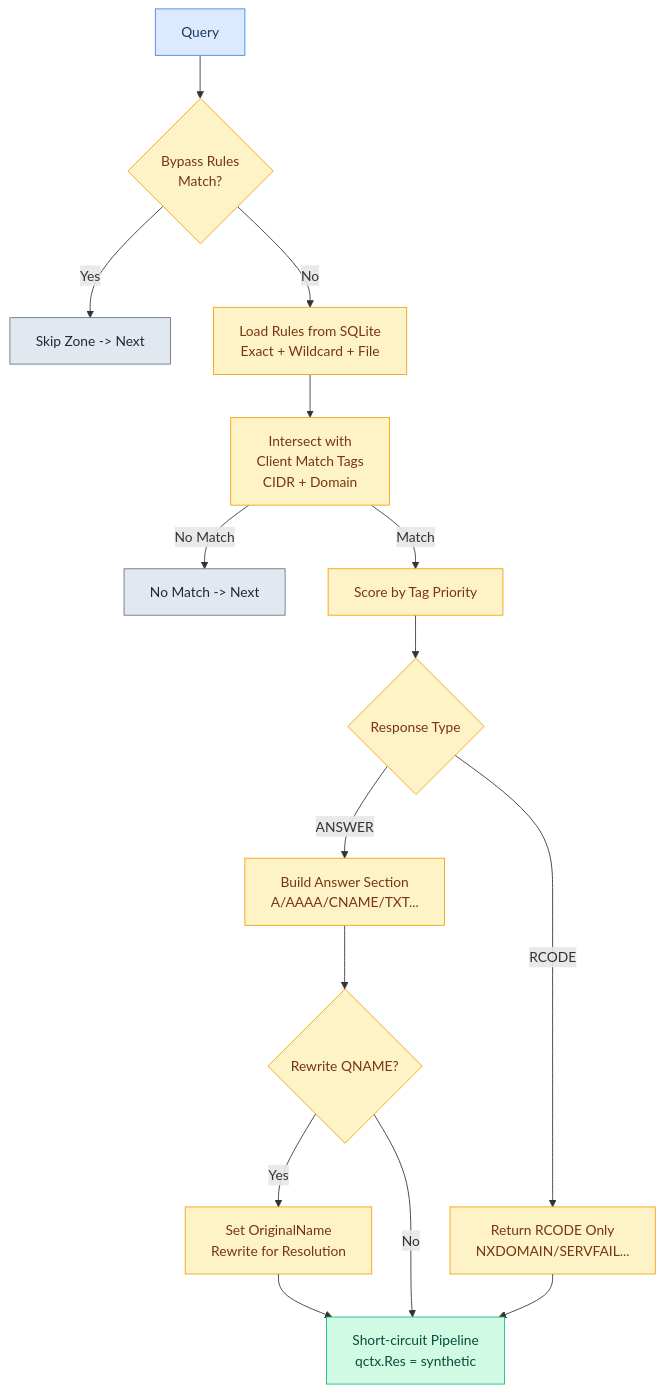
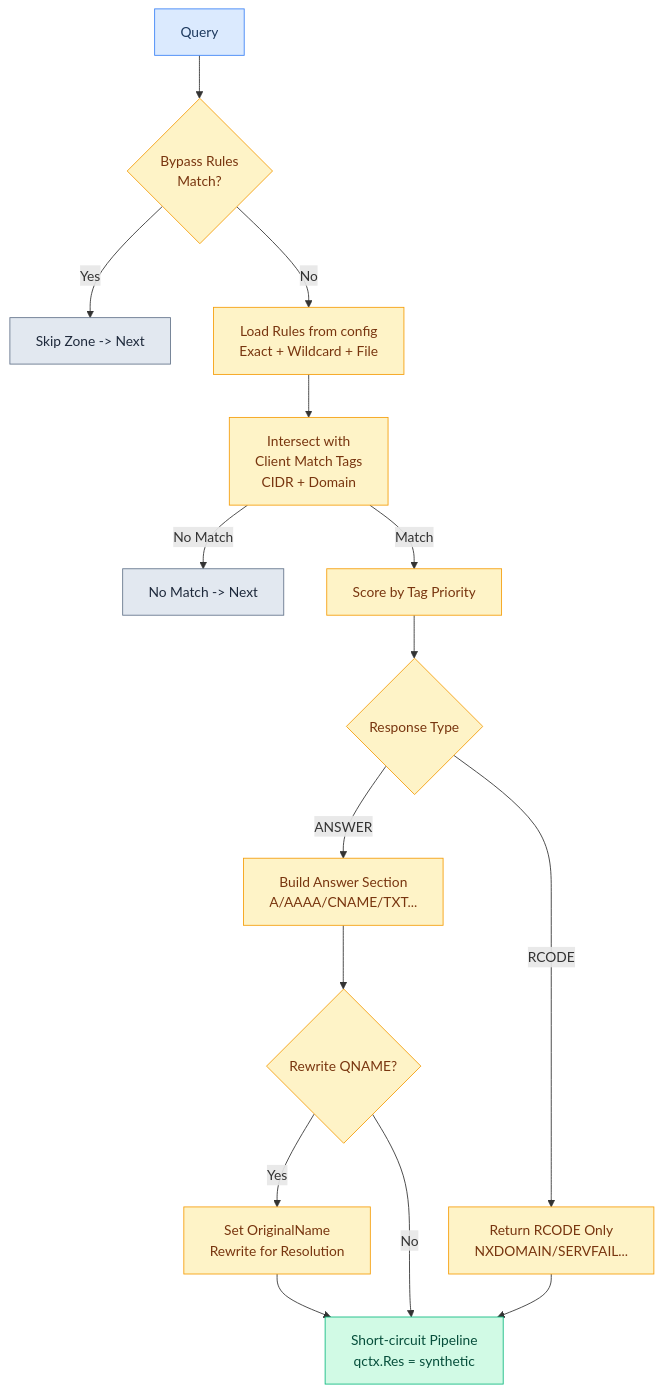
Diagram 17 of 28 in docs/FLOWCHARTS.md (hezhijie0327/ZJDNS), drawn with Mermaid before and after one commit. The commit also changed other lines of this file and 33 other files, not shown here.

````diff
--- a/docs/FLOWCHARTS.md
+++ b/docs/FLOWCHARTS.md
@@ -418,25 +417,25 @@
 ```mermaid
 graph TD
     Q[Query] --> BYPASS{Bypass Rules<br/>Match?}
     BYPASS -->|Yes| NEXT[Skip Zone -> Next]
-    BYPASS -->|No| LOAD[Load Rules from SQLite<br/>Exact + Wildcard + File]
+    BYPASS -->|No| LOAD[Load Rules from config<br/>Exact + Wildcard + File]
     LOAD --> MATCH[Intersect with<br/>Client Match Tags<br/>CIDR + Domain]
     MATCH -->|No Match| NOMATCH[No Match -> Next]
     MATCH -->|Match| SCORE[Score by Tag Priority]
     SCORE --> TYPE{Response Type}
     TYPE -->|ANSWER| BUILDANS[Build Answer Section<br/>A/AAAA/CNAME/TXT...]
     TYPE -->|RCODE| BUILDRC[Return RCODE Only<br/>NXDOMAIN/SERVFAIL...]
     BUILDANS --> REWRITE{Rewrite QNAME?}
     REWRITE -->|Yes| SETNAME[Set OriginalName<br/>Rewrite for Resolution]
     REWRITE -->|No| SHORTCUT[Short-circuit Pipeline<br/>qctx.Res = synthetic]
     BUILDRC --> SHORTCUT
     SETNAME --> SHORTCUT
     classDef start fill:#dbeafe,stroke:#3b82f6,color:#1e3a5f
     classDef proc fill:#fef3c7,stroke:#f59e0b,color:#78350f
     classDef match fill:#d1fae5,stroke:#10b981,color:#064e3b
     classDef nomatch fill:#e2e8f0,stroke:#64748b,color:#1e293b
     class Q start
     class BYPASS,LOAD,MATCH,SCORE,TYPE,BUILDANS,BUILDRC,REWRITE,SETNAME proc
     class SHORTCUT match
     class NOMATCH,NEXT nomatch
 ```
````
